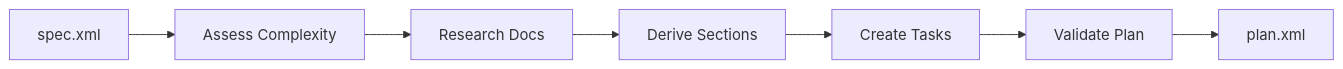
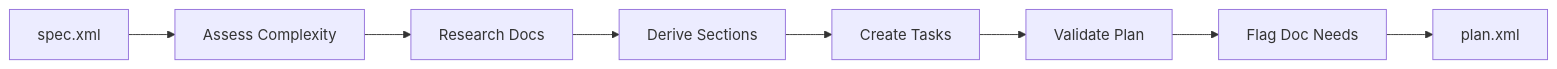
The diagram in .festinalente/product/skills/plan.md (mattfletcher94/festinalente), drawn with Mermaid before and after one commit. The commit also changed other lines of this file and 7 other files, not shown here.

````diff
--- a/.festinalente/product/skills/plan.md
+++ b/.festinalente/product/skills/plan.md
@@ -29,9 +29,10 @@
 ```mermaid
 flowchart LR
     Spec[spec.xml] --> Assess[Assess Complexity]
     Assess --> Research[Research Docs]
     Research --> Derive[Derive Sections]
     Derive --> Create[Create Tasks]
     Create --> Validate[Validate Plan]
-    Validate --> Plan[plan.xml]
+    Validate --> DocFlag[Flag Doc Needs]
+    DocFlag --> Plan[plan.xml]
 ```
````
